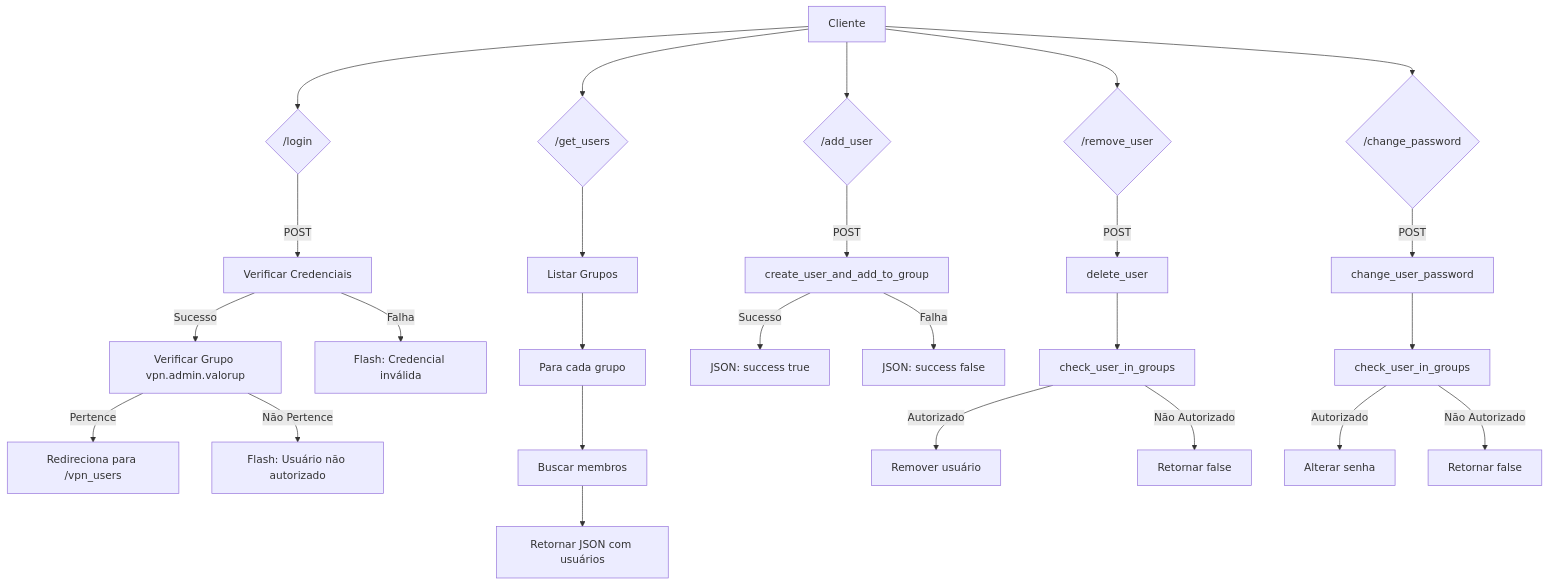
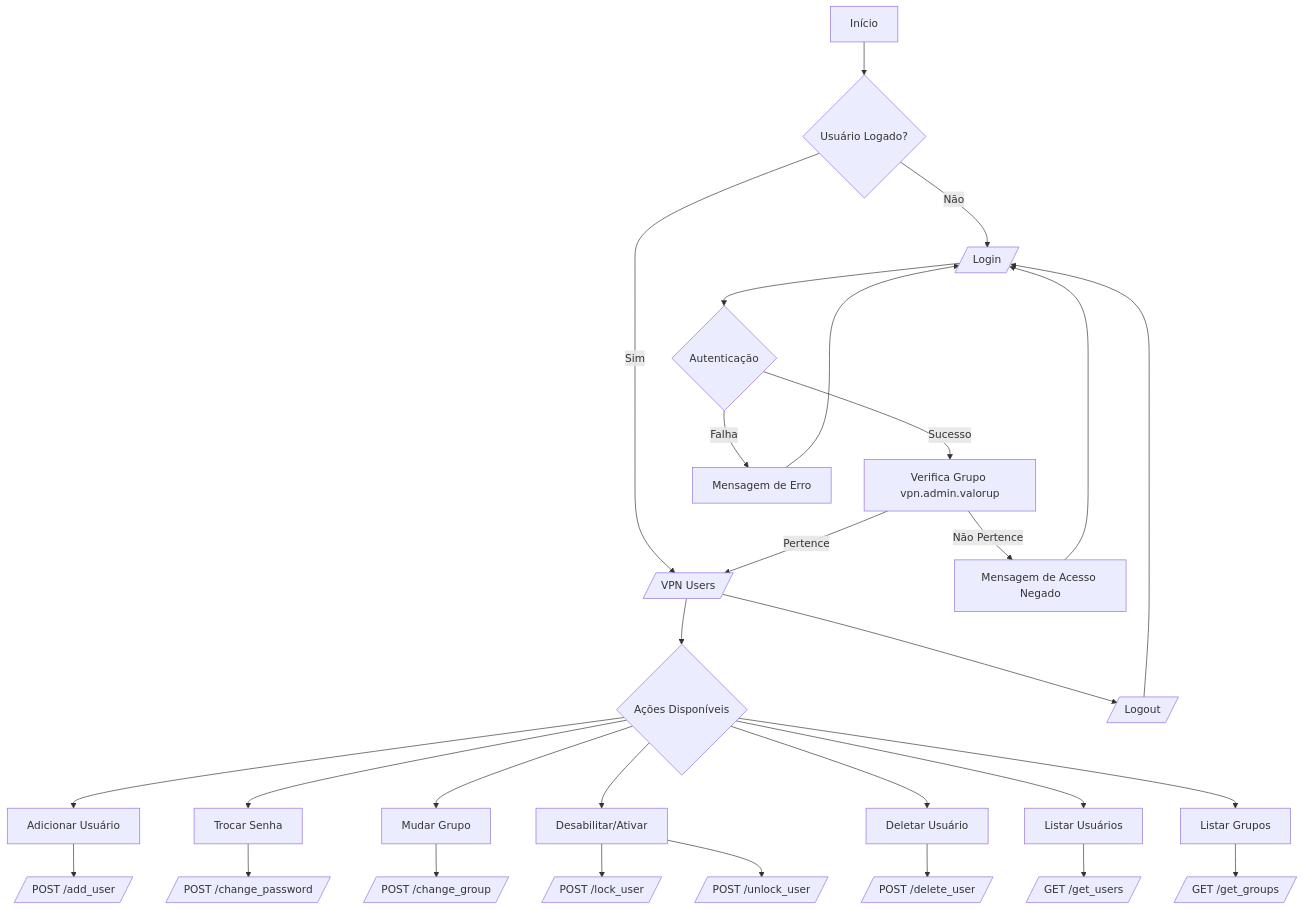
Before and after one commit to rodrigoadsilva/OpenVPN-User-Manager: the diagram in README.md, drawn with Mermaid. The commit also changed 2 other files, not shown here.

Commit message:
Ajuste do fluxo e adição de icones

````diff
--- a/README.md
+++ b/README.md
@@ -22,32 +22,42 @@
 ```mermaid
 flowchart TD
-    A[Cliente] --> B{/login}
-    B -->|POST| C[Verificar Credenciais]
-    C -->|Sucesso| D[Verificar Grupo vpn.admin.valorup]
-    C -->|Falha| E[Flash: Credencial inválida]
-    D -->|Pertence| F[Redireciona para /vpn_users]
-    D -->|Não Pertence| G[Flash: Usuário não autorizado]
+    A[Início] --> B{Usuário Logado?}
+    B -->|Não| C[/Login/]
+    B -->|Sim| D[/VPN Users/]
+
+    C --> E{Autenticação}
+    E -->|Sucesso| F[Verifica Grupo vpn.admin.valorup]
+    E -->|Falha| G[Mensagem de Erro]
+    G --> C
     
-    A --> H{/get_users}
-    H --> I[Listar Grupos]
-    I --> J[Para cada grupo]
-    J --> K[Buscar membros]
-    K --> L[Retornar JSON com usuários]
+    F -->|Pertence| D
+    F -->|Não Pertence| H[Mensagem de Acesso Negado]
+    H --> C
+
+    D --> I{Ações Disponíveis}
     
-    A --> M{/add_user}
-    M -->|POST| N[create_user_and_add_to_group]
-    N -->|Sucesso| O[JSON: success true]
-    N -->|Falha| P[JSON: success false]
+    I --> J[Adicionar Usuário]
+    J --> K[/POST /add_user/]
     
-    A --> Q{/remove_user}
-    Q -->|POST| R[delete_user]
-    R --> S[check_user_in_groups]
-    S -->|Autorizado| T[Remover usuário]
-    S -->|Não Autorizado| U[Retornar false]
+    I --> L[Trocar Senha]
+    L --> M[/POST /change_password/]
     
-    A --> V{/change_password}
-    V -->|POST| W[change_user_password]
-    W --> X[check_user_in_groups]
-    X -->|Autorizado| Y[Alterar senha]
-    X -->|Não Autorizado| Z[Retornar false]
+    I --> N[Mudar Grupo]
+    N --> O[/POST /change_group/]
+    
+    I --> P[Desabilitar/Ativar]
+    P --> Q[/POST /lock_user/]
+    P --> R[/POST /unlock_user/]
+    
+    I --> S[Deletar Usuário]
+    S --> T[/POST /delete_user/]
+    
+    I --> U[Listar Usuários]
+    U --> V[/GET /get_users/]
+    
+    I --> W[Listar Grupos]
+    W --> X[/GET /get_groups/]
+    
+    D --> Y[/Logout/]
+    Y --> C
 ```
````
